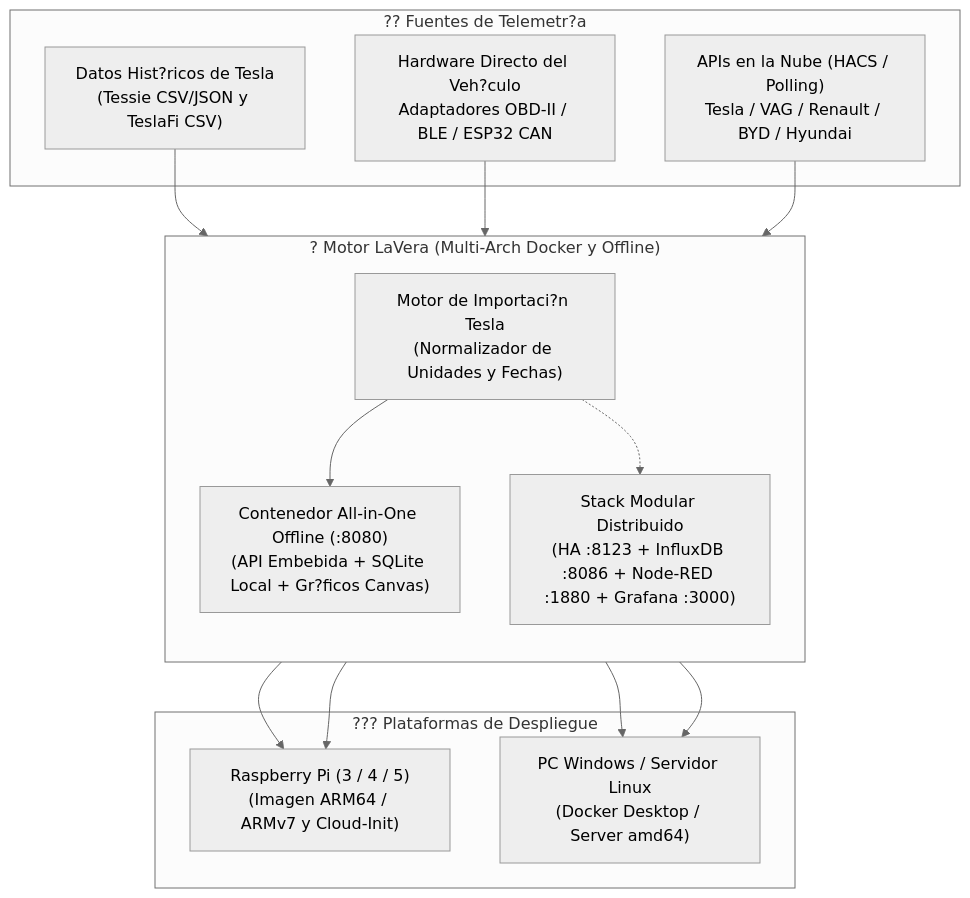
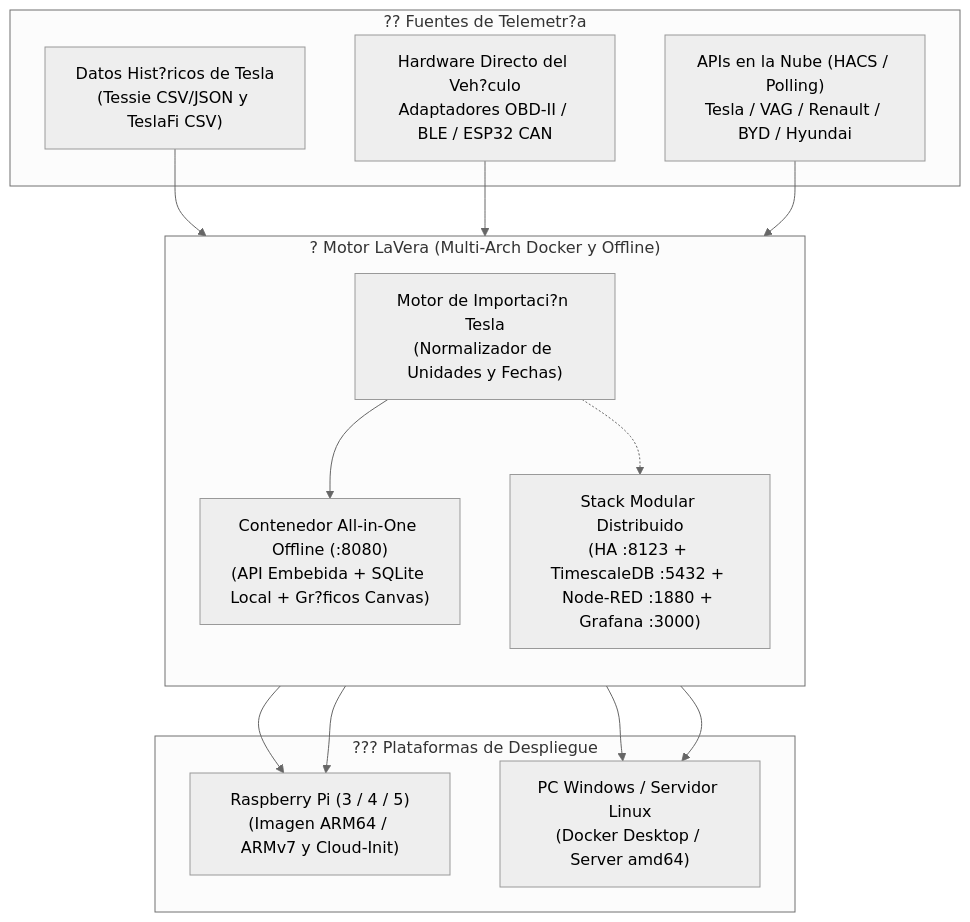
The diagram in README.es.md (cast0rtech/LaVera), drawn with Mermaid (neutral theme) before and after one commit. The commit also changed other lines of this file and 14 other files, not shown here.

Commit message:
feat(timescaledb): replace InfluxDB with TimescaleDB (PostgreSQL 16) and auto-provision Grafana

````diff
--- a/README.es.md
+++ b/README.es.md
@@ -29,38 +29,38 @@
 ```mermaid
 flowchart TD
     subgraph Sources ["?? Fuentes de Telemetr?a"]
         TeslaHist["Datos Hist?ricos de Tesla
 (Tessie CSV/JSON y TeslaFi CSV)"]
         OEM["APIs en la Nube (HACS / Polling)
 Tesla / VAG / Renault / BYD / Hyundai"]
         OBD["Hardware Directo del Veh?culo
 Adaptadores OBD-II / BLE / ESP32 CAN"]
     end
 
     subgraph CoreEngine ["? Motor LaVera (Multi-Arch Docker y Offline)"]
         direction TB
         Importer["Motor de Importaci?n Tesla
 (Normalizador de Unidades y Fechas)"]
         AllInOne["Contenedor All-in-One Offline (:8080)
 (API Embebida + SQLite Local + Gr?ficos Canvas)"]
         ModStack["Stack Modular Distribuido
-(HA :8123 + InfluxDB :8086 + Node-RED :1880 + Grafana :3000)"]
+(HA :8123 + TimescaleDB :5432 + Node-RED :1880 + Grafana :3000)"]
     end
 
     subgraph Targets ["??? Plataformas de Despliegue"]
         RPi["Raspberry Pi (3 / 4 / 5)
 (Imagen ARM64 / ARMv7 y Cloud-Init)"]
         WinLin["PC Windows / Servidor Linux
 (Docker Desktop / Server amd64)"]
     end
 
     TeslaHist --> Importer
     Importer --> AllInOne
     Importer -.-> ModStack
     OBD --> AllInOne
     OEM --> ModStack
     AllInOne --> RPi
     AllInOne --> WinLin
     ModStack --> WinLin
     ModStack --> RPi
 ```
````
